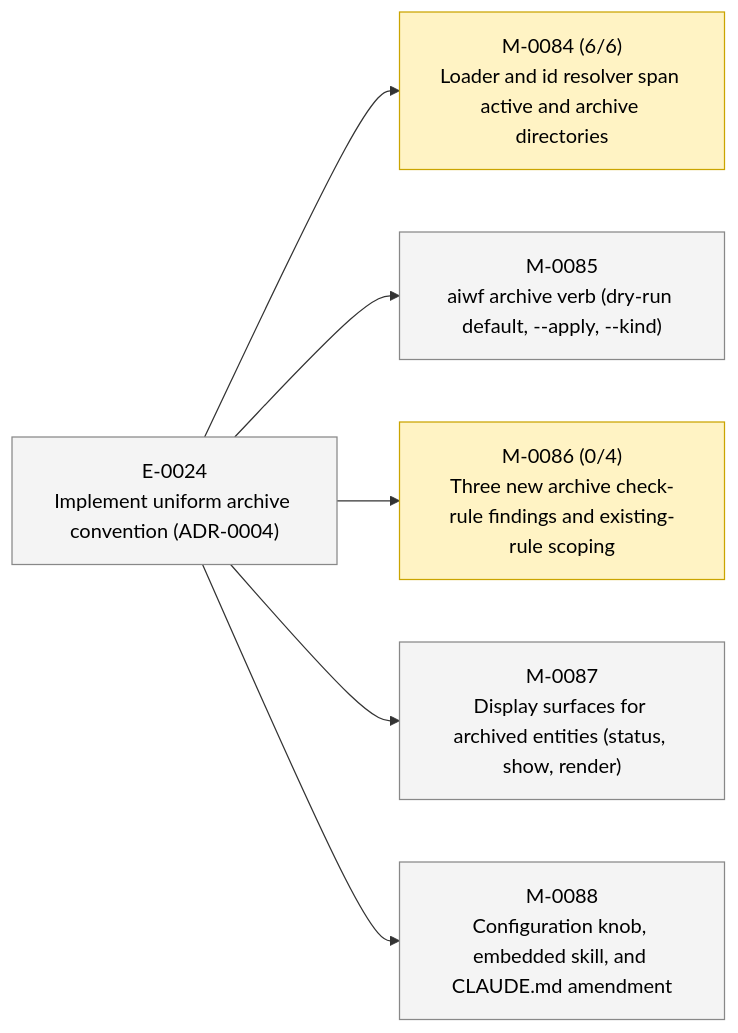
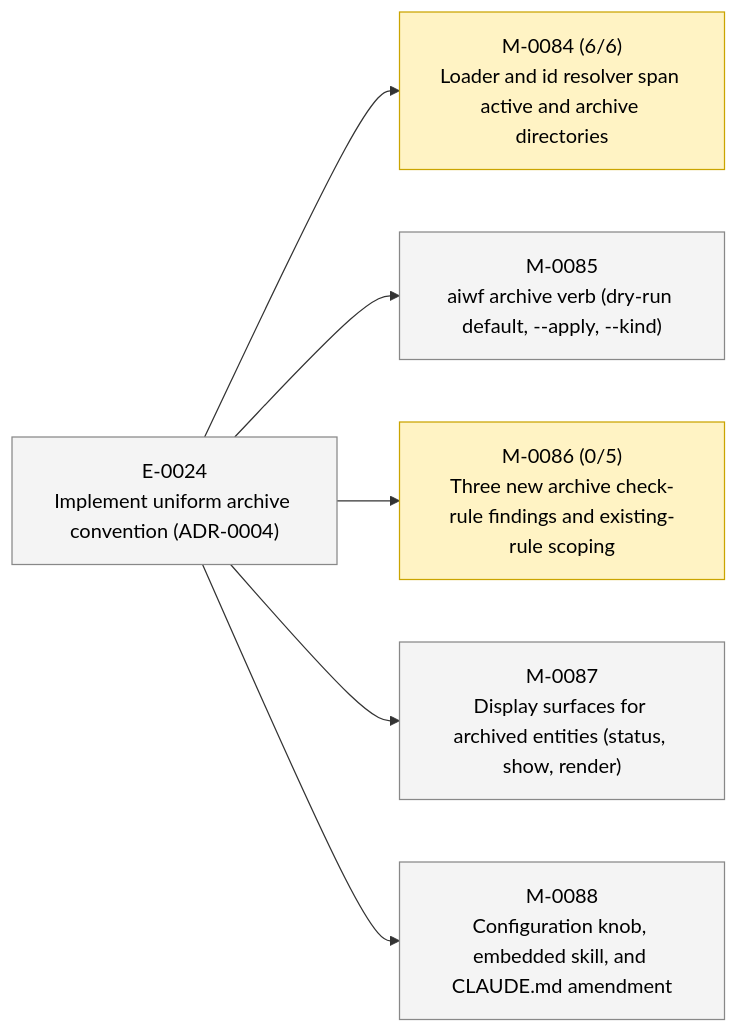
Before and after one commit to 23min/aiwf: the second of 2 diagrams in STATUS.md, drawn with Mermaid. The commit also changed other lines of this file and 1 other file, not shown here.

First line of the commit message:
aiwf add ac M-0086/AC-5 "Tree-integrity rules traverse archive in full"

````diff
--- a/STATUS.md
+++ b/STATUS.md
@@ -49,20 +49,20 @@
 ```mermaid
 flowchart LR
   E_0024["E-0024<br/>Implement uniform archive convention (ADR-0004)"]:::epic_proposed
   M_0084["M-0084 (6/6)<br/>Loader and id resolver span active and archive directories"]:::ms_in_progress
   E_0024 --> M_0084
   M_0085["M-0085<br/>aiwf archive verb (dry-run default, --apply, --kind)"]:::ms_draft
   E_0024 --> M_0085
-  M_0086["M-0086 (0/4)<br/>Three new archive check-rule findings and existing-rule scoping"]:::ms_in_progress
+  M_0086["M-0086 (0/5)<br/>Three new archive check-rule findings and existing-rule scoping"]:::ms_in_progress
   E_0024 --> M_0086
   M_0087["M-0087<br/>Display surfaces for archived entities (status, show, render)"]:::ms_draft
   E_0024 --> M_0087
   M_0088["M-0088<br/>Configuration knob, embedded skill, and CLAUDE.md amendment"]:::ms_draft
   E_0024 --> M_0088
   classDef epic_active fill:#d6eaff,stroke:#1a73e8,color:#000
   classDef epic_proposed fill:#f4f4f4,stroke:#888,color:#000
   classDef ms_done fill:#d8f5d8,stroke:#2a8a2a,color:#000
   classDef ms_in_progress fill:#fff3c4,stroke:#caa400,color:#000
   classDef ms_draft fill:#f4f4f4,stroke:#888,color:#000
   classDef ms_cancelled fill:#fbeaea,stroke:#c33,color:#000
 ```
````
